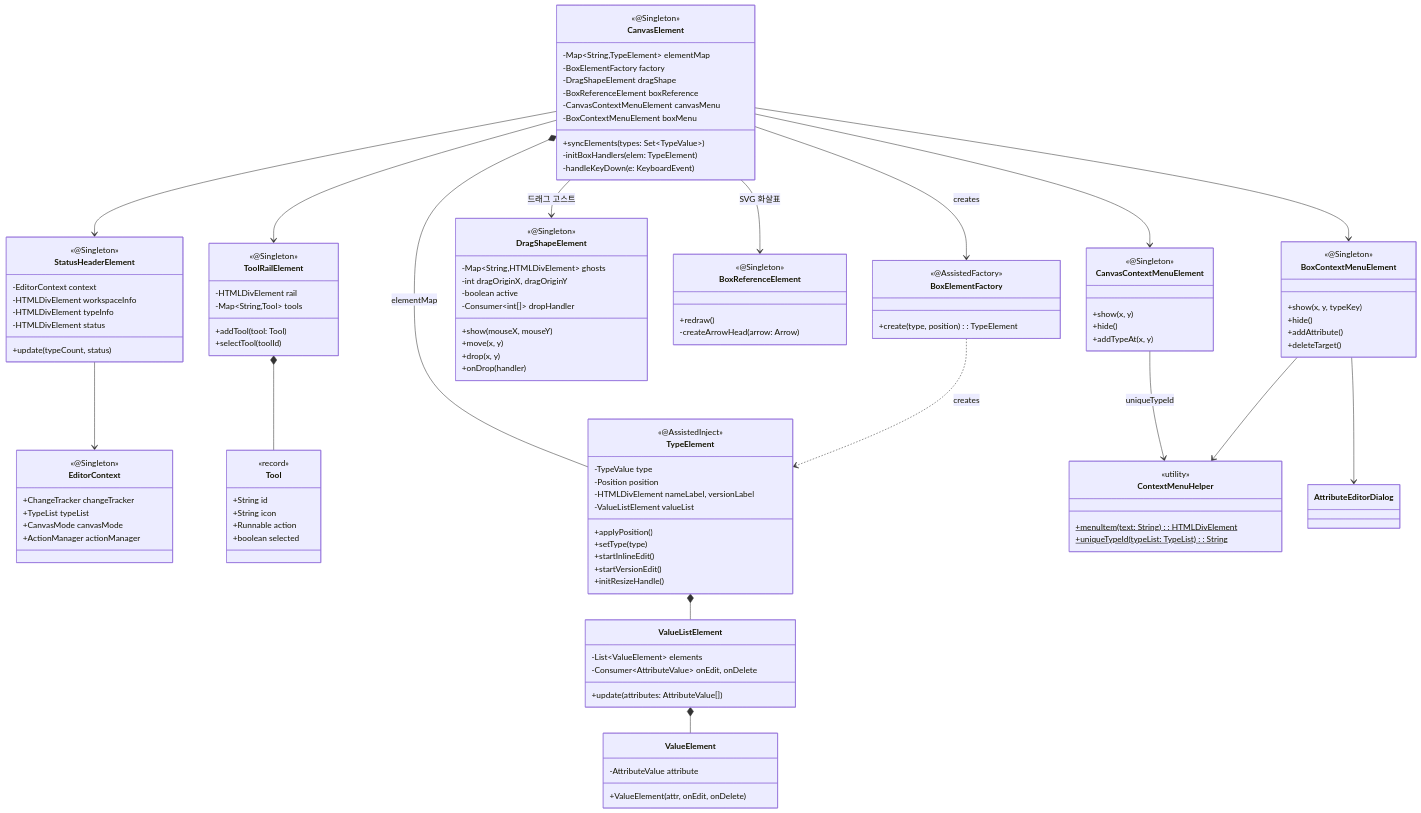
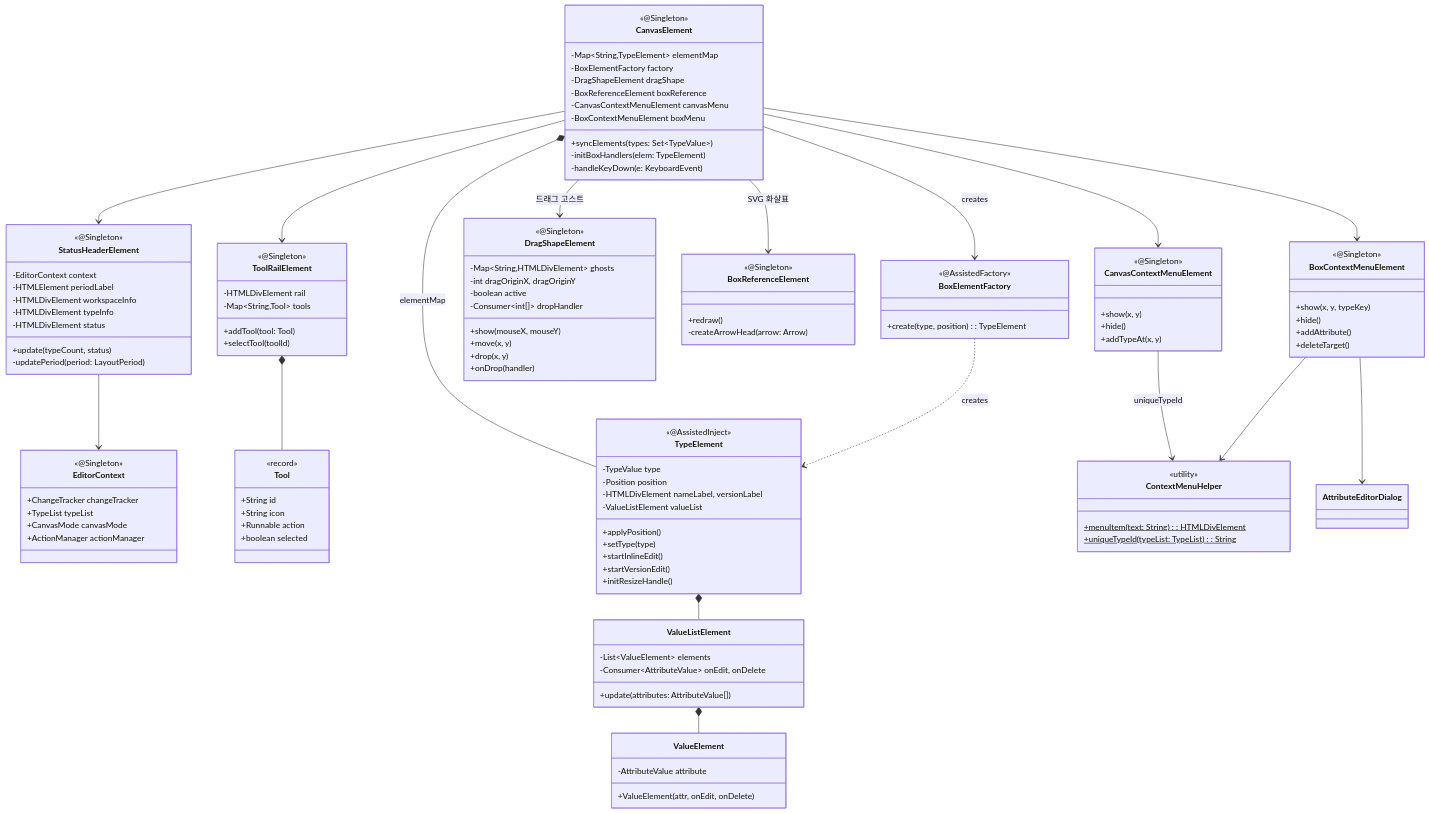
One commit to sayaya1090/handbook changed the fifth of 8 diagrams in type-ui/CLASS-DIAGRAM.md. Above: the diagram before and after it, drawn with Mermaid. The commit also changed 4 other files, not shown here.

```diff
--- a/type-ui/CLASS-DIAGRAM.md
+++ b/type-ui/CLASS-DIAGRAM.md
@@ -320,10 +320,12 @@
     class StatusHeaderElement {
         <<@Singleton>>
         -EditorContext context
+        -HTMLElement periodLabel
         -HTMLDivElement workspaceInfo
         -HTMLDivElement typeInfo
         -HTMLDivElement status
         +update(typeCount, status)
+        -updatePeriod(period: LayoutPeriod)
     }
     class ToolRailElement {
         <<@Singleton>>
```
